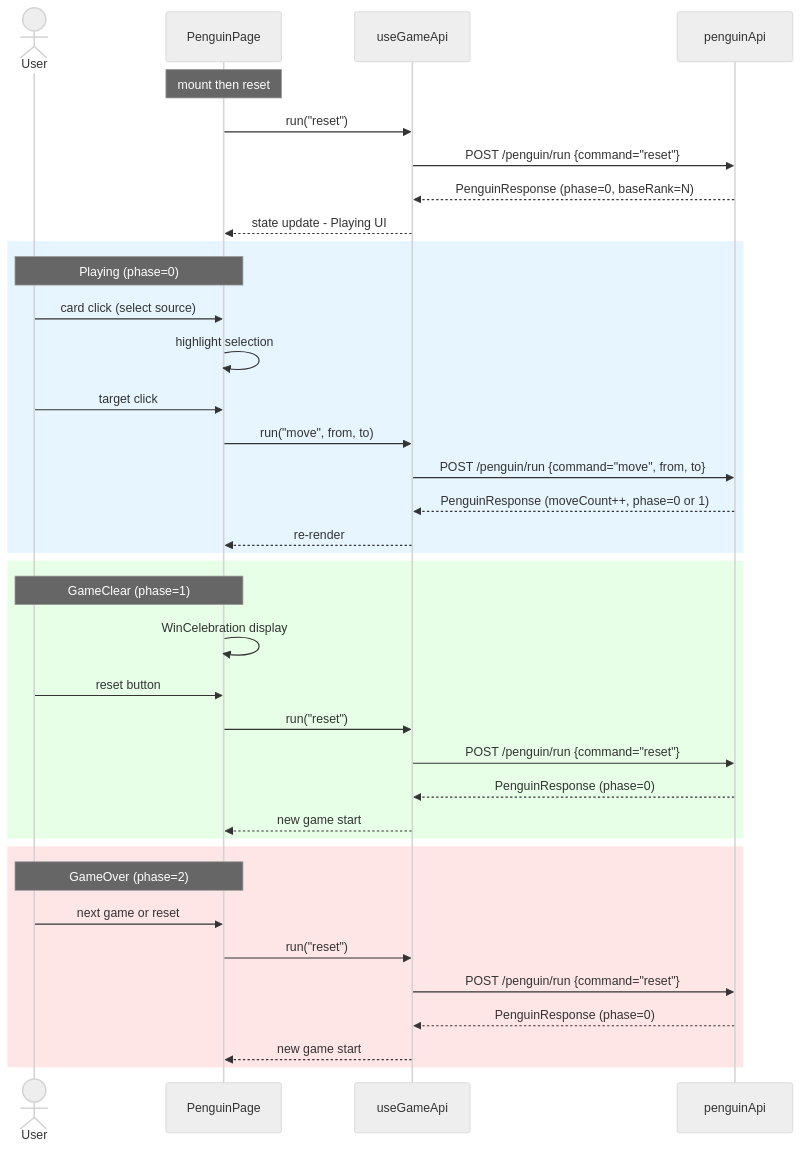
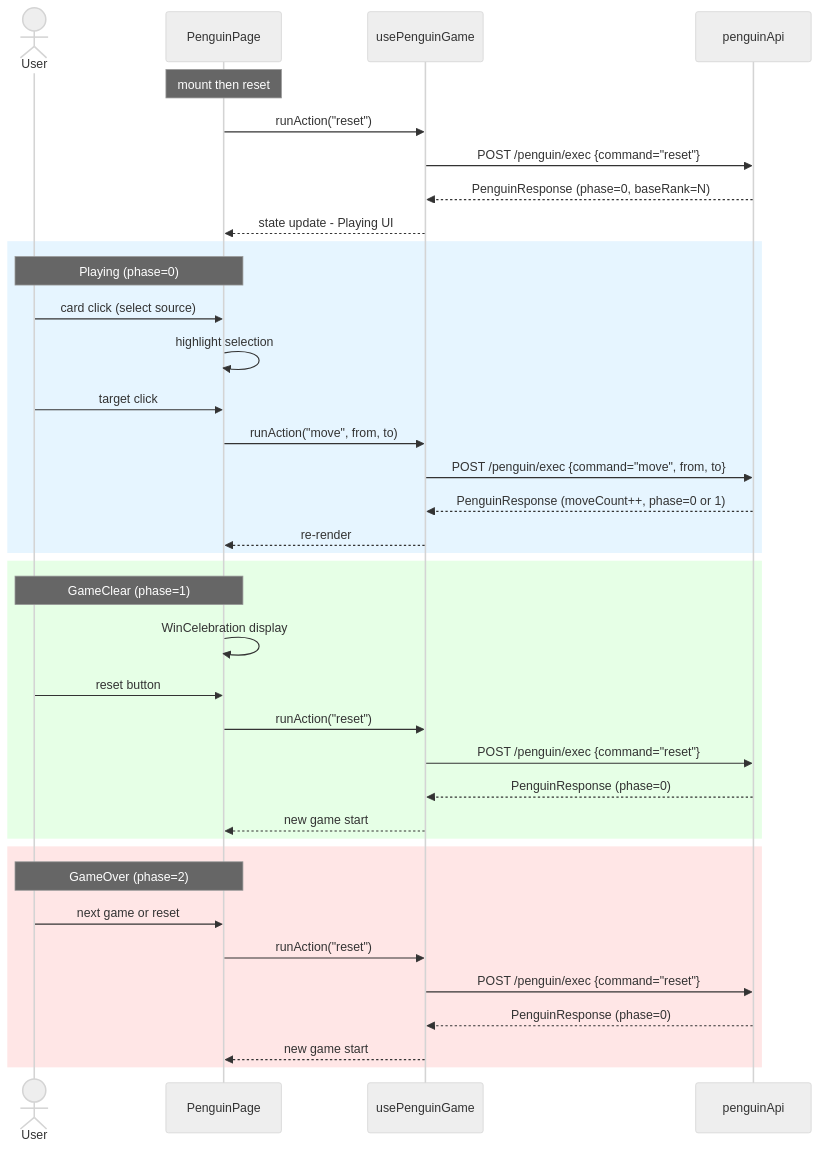
One commit to yuta-yoshinaga/go_trumpcards changed diagram 37 of 49 in docs/design/frontend.md. Above: the diagram before and after it, drawn with Mermaid (neutral theme). The commit also changed other lines of this file, not shown here.

````diff
--- a/docs/design/frontend.md
+++ b/docs/design/frontend.md
@@ -3072,43 +3071,43 @@
 ```mermaid
 sequenceDiagram
     actor User
     participant Page as PenguinPage
-    participant Hook as useGameApi
+    participant Hook as usePenguinGame
     participant API as penguinApi
 
     Note over Page: mount then reset
-    Page->>Hook: run("reset")
-    Hook->>API: POST /penguin/run {command="reset"}
+    Page->>Hook: runAction("reset")
+    Hook->>API: POST /penguin/exec {command="reset"}
     API-->>Hook: PenguinResponse (phase=0, baseRank=N)
     Hook-->>Page: state update - Playing UI
 
     rect rgb(230,245,255)
     Note over User,Page: Playing (phase=0)
     User->>Page: card click (select source)
     Page->>Page: highlight selection
     User->>Page: target click
-    Page->>Hook: run("move", from, to)
-    Hook->>API: POST /penguin/run {command="move", from, to}
+    Page->>Hook: runAction("move", from, to)
+    Hook->>API: POST /penguin/exec {command="move", from, to}
     API-->>Hook: PenguinResponse (moveCount++, phase=0 or 1)
     Hook-->>Page: re-render
     end
 
     rect rgb(230,255,230)
     Note over User,Page: GameClear (phase=1)
     Page->>Page: WinCelebration display
     User->>Page: reset button
-    Page->>Hook: run("reset")
-    Hook->>API: POST /penguin/run {command="reset"}
+    Page->>Hook: runAction("reset")
+    Hook->>API: POST /penguin/exec {command="reset"}
     API-->>Hook: PenguinResponse (phase=0)
     Hook-->>Page: new game start
     end
 
     rect rgb(255,230,230)
     Note over User,Page: GameOver (phase=2)
     User->>Page: next game or reset
-    Page->>Hook: run("reset")
-    Hook->>API: POST /penguin/run {command="reset"}
+    Page->>Hook: runAction("reset")
+    Hook->>API: POST /penguin/exec {command="reset"}
     API-->>Hook: PenguinResponse (phase=0)
     Hook-->>Page: new game start
     end
 ```
````
